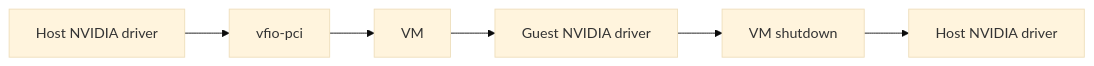
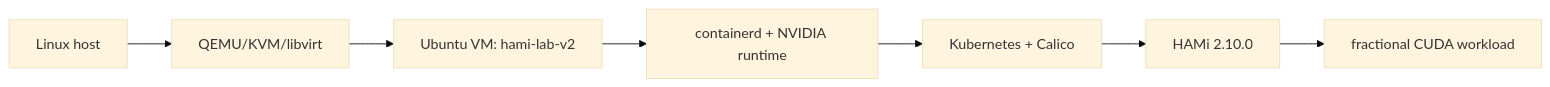
The first of 3 diagrams in tutorials/labs/local-gpu-passthrough.md (Project-HAMi/website), drawn with Mermaid (base theme) before and after one commit. The commit also changed other lines of this file and 11 other files, not shown here.

Commit message:
docs(tutorials): rewrite local GPU passthrough lab from V2 run

````diff
--- a/tutorials/labs/local-gpu-passthrough.md
+++ b/tutorials/labs/local-gpu-passthrough.md
@@ -305,9 +55,9 @@
 ```mermaid
-%% title: GPU Passthrough Lifecycle
 flowchart LR
-    HostDriver["Host NVIDIA driver"] --> VfioBind["vfio-pci"]
-    VfioBind --> VM["VM"]
-    VM --> GuestDriver["Guest NVIDIA driver"]
-    GuestDriver --> Shutdown["VM shutdown"]
-    Shutdown --> HostRecovery["Host NVIDIA driver"]
+  Host["Linux host"] --> Libvirt["QEMU/KVM/libvirt"]
+  Libvirt --> VM["Ubuntu VM: hami-lab-v2"]
+  VM --> Runtime["containerd + NVIDIA runtime"]
+  Runtime --> K8s["Kubernetes + Calico"]
+  K8s --> Hami["HAMi 2.10.0"]
+  Hami --> Workload["fractional CUDA workload"]
 ```
````
